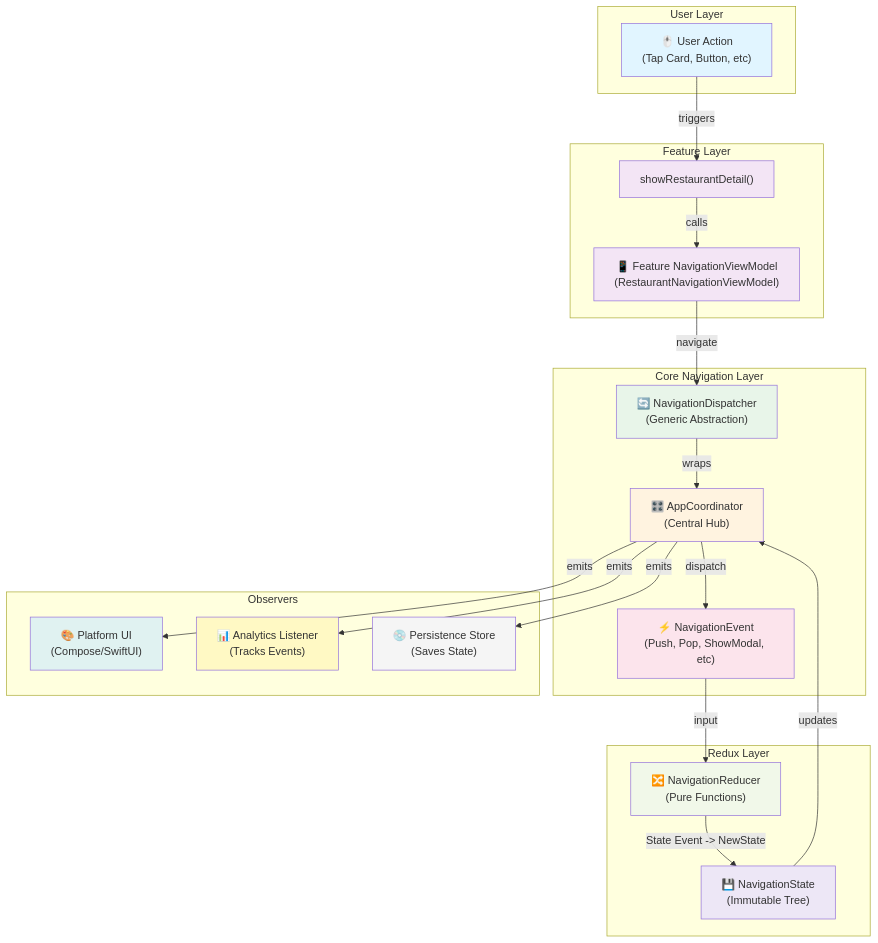
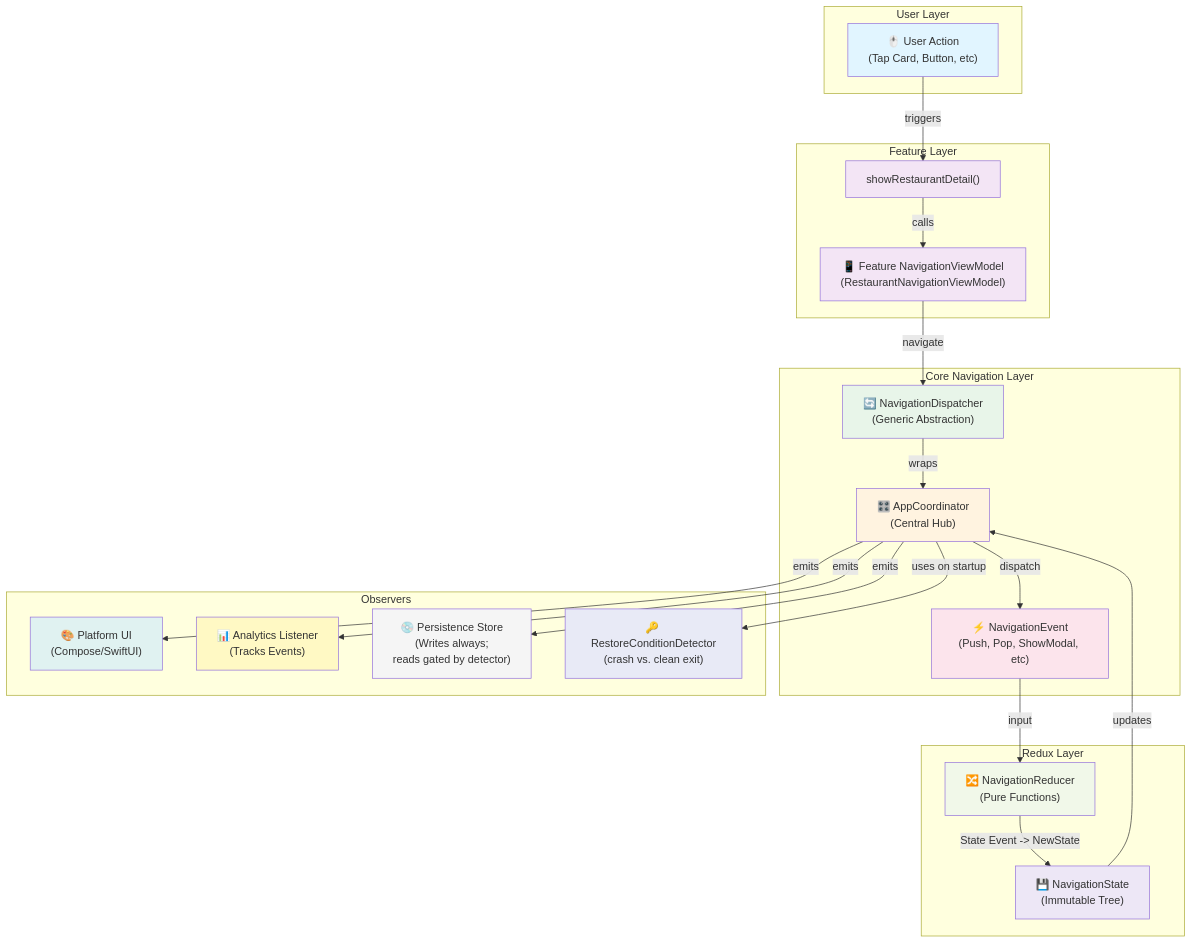
The first of 15 diagrams in plan/NAVIGATION_MERMAID_DIAGRAMS.md (rdv0011/work-test-mobile), drawn with Mermaid before and after one commit. The commit also changed other lines of this file and 1 other file, not shown here.

First line of the commit message:
docs(plan): revise navigation architecture guide and mermaid diagrams

````diff
--- a/plan/NAVIGATION_MERMAID_DIAGRAMS.md
+++ b/plan/NAVIGATION_MERMAID_DIAGRAMS.md
@@ -25,52 +26,55 @@
 ```mermaid
 graph TB
     subgraph "User Layer"
         U["🖱️ User Action<br/>(Tap Card, Button, etc)"]
     end
     
     subgraph "Feature Layer"
         FVM["📱 Feature NavigationViewModel<br/>(RestaurantNavigationViewModel)"]
         FVM1["showRestaurantDetail()"]
     end
     
     subgraph "Core Navigation Layer"
         ND["🔄 NavigationDispatcher<br/>(Generic Abstraction)"]
         AC["🎛️ AppCoordinator<br/>(Central Hub)"]
         NE["⚡ NavigationEvent<br/>(Push, Pop, ShowModal, etc)"]
     end
     
     subgraph "Redux Layer"
         NR["🔀 NavigationReducer<br/>(Pure Functions)"]
         NS["💾 NavigationState<br/>(Immutable Tree)"]
     end
     
     subgraph "Observers"
         PUI["🎨 Platform UI<br/>(Compose/SwiftUI)"]
         ANA["📊 Analytics Listener<br/>(Tracks Events)"]
-        PS["💿 Persistence Store<br/>(Saves State)"]
+        PS["💿 Persistence Store<br/>(Writes always;<br/>reads gated by detector)"]
+        RCD["🔑 RestoreConditionDetector<br/>(crash vs. clean exit)"]
     end
     
     U -->|triggers| FVM1
     FVM1 -->|calls| FVM
     FVM -->|navigate| ND
     ND -->|wraps| AC
     AC -->|dispatch| NE
     NE -->|input| NR
     NR -->|State Event -> NewState| NS
     NS -->|updates| AC
     AC -->|emits| PUI
     AC -->|emits| ANA
     AC -->|emits| PS
+    AC -->|uses on startup| RCD
     
     style U fill:#e1f5ff
     style FVM fill:#f3e5f5
     style FVM1 fill:#f3e5f5
     style ND fill:#e8f5e9
     style AC fill:#fff3e0
     style NE fill:#fce4ec
     style NR fill:#f1f8e9
     style NS fill:#ede7f6
     style PUI fill:#e0f2f1
     style ANA fill:#fff9c4
     style PS fill:#f5f5f5
+    style RCD fill:#e8eaf6
 ```
````
